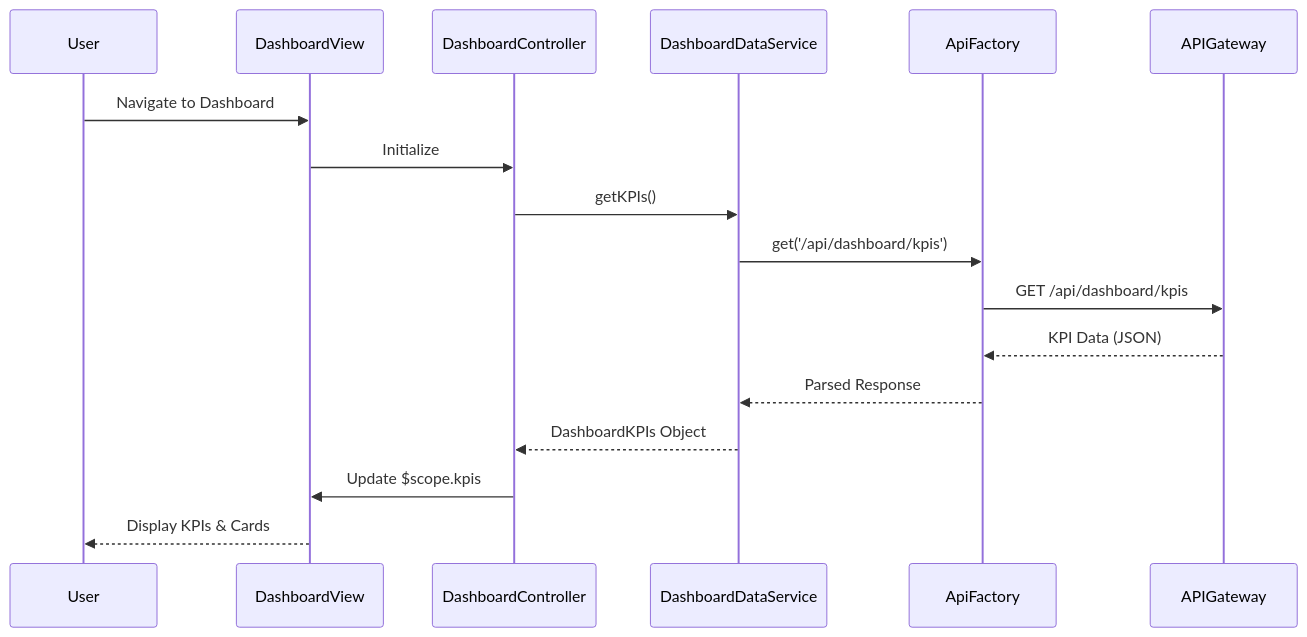
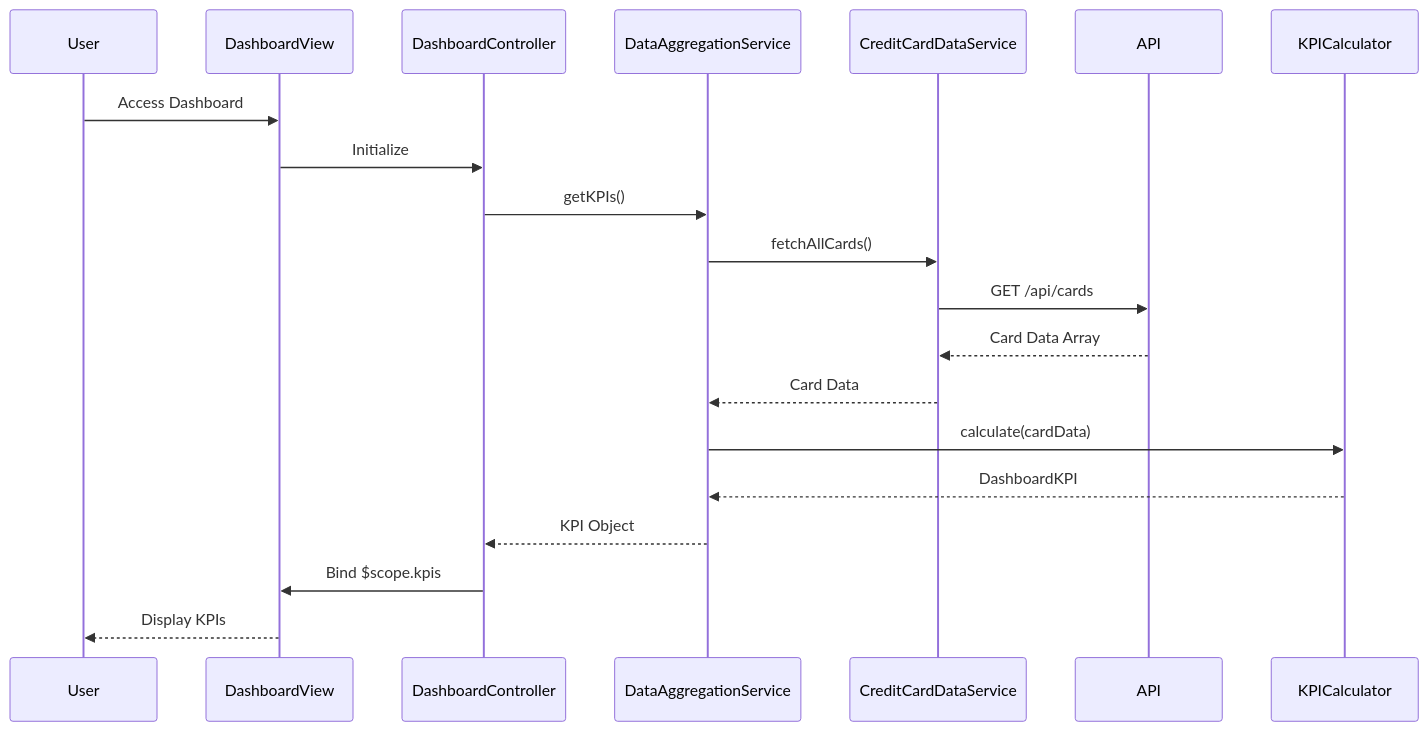
The diagram in LLD/QE-8612_LLD.md (AAVA-Demo/APB_Demo), drawn with Mermaid before and after one commit. The commit also changed other lines of this file and 5 other files, not shown here.

````diff
--- a/LLD/QE-8612_LLD.md
+++ b/LLD/QE-8612_LLD.md
@@ -72,20 +88,23 @@
 ```mermaid
 sequenceDiagram
     participant User
     participant DashboardView
     participant DashboardController
-    participant DashboardDataService
-    participant ApiFactory
-    participant APIGateway
-    
-    User->>DashboardView: Navigate to Dashboard
+    participant DataAggregationService
+    participant CreditCardDataService
+    participant API
+    participant KPICalculator
+
+    User->>DashboardView: Access Dashboard
     DashboardView->>DashboardController: Initialize
-    DashboardController->>DashboardDataService: getKPIs()
-    DashboardDataService->>ApiFactory: get('/api/dashboard/kpis')
-    ApiFactory->>APIGateway: GET /api/dashboard/kpis
-    APIGateway-->>ApiFactory: KPI Data (JSON)
-    ApiFactory-->>DashboardDataService: Parsed Response
-    DashboardDataService-->>DashboardController: DashboardKPIs Object
-    DashboardController->>DashboardView: Update $scope.kpis
-    DashboardView-->>User: Display KPIs & Cards
+    DashboardController->>DataAggregationService: getKPIs()
+    DataAggregationService->>CreditCardDataService: fetchAllCards()
+    CreditCardDataService->>API: GET /api/cards
+    API-->>CreditCardDataService: Card Data Array
+    CreditCardDataService-->>DataAggregationService: Card Data
+    DataAggregationService->>KPICalculator: calculate(cardData)
+    KPICalculator-->>DataAggregationService: DashboardKPI
+    DataAggregationService-->>DashboardController: KPI Object
+    DashboardController->>DashboardView: Bind $scope.kpis
+    DashboardView-->>User: Display KPIs
 ```
````
